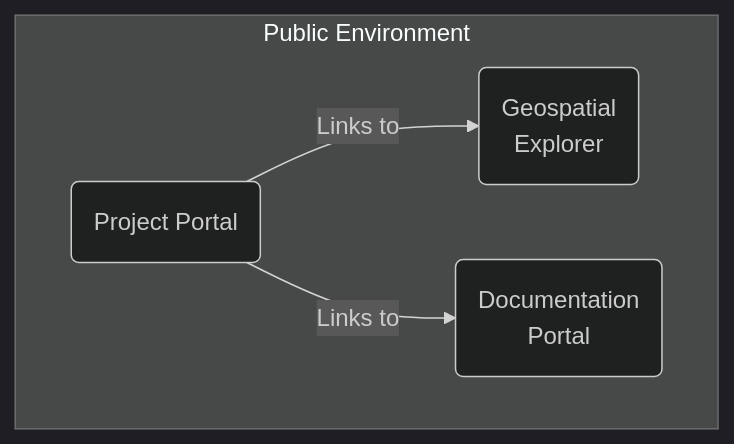
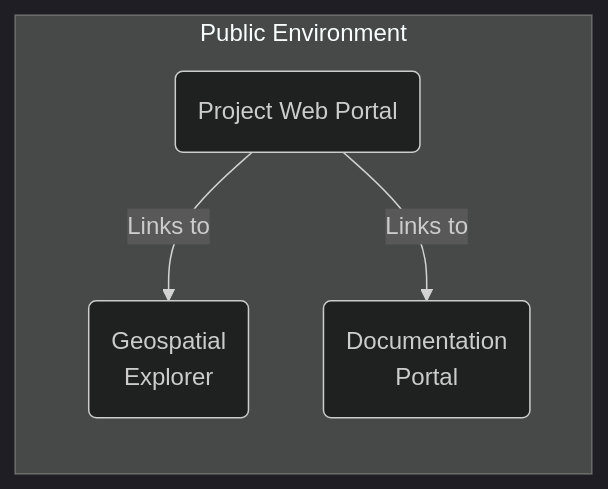
Before and after one commit to ESA-APEx/apex_documentation: the third of 5 diagrams in instantiation/usecases.qmd, drawn with Mermaid (dark theme). The commit also changed other lines of this file and 9 other files, not shown here.

````diff
--- a/instantiation/usecases.qmd
+++ b/instantiation/usecases.qmd
@@ -140,14 +143,15 @@
 ```{mermaid}
 %%| label: fig-tools-usecase3
 %%| fig-cap: "APEx Project Environments - Data Visualization"
 flowchart TD ""
     subgraph Public Environment
-      A(Project Portal) -->|Links to| B(Geospatial<br/>Explorer)
+      direction TB
+      A(Project Web Portal) -->|Links to| B(Geospatial<br/>Explorer)
       A -->|Links to| C(Documentation<br/> Portal)
     end
 
     class A,B,C apexService
     click A href "./project_portal.html" _blank
     click B href "./geospatial_explorer.html" _blank
     click C href "./documentation.html" _blank
 ```
````
